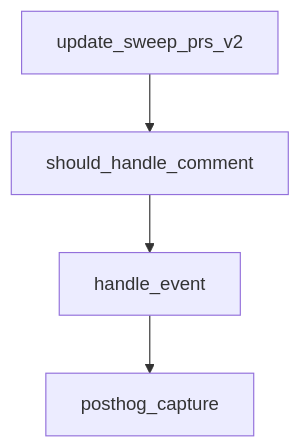
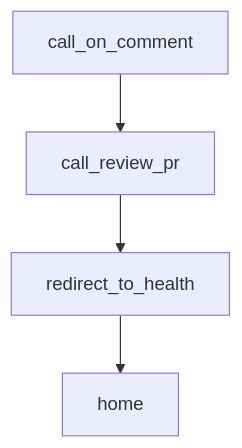
Before and after one commit to johnxie/awesome-code-docs: the diagram in tutorials/sweep-tutorial/05-cli-and-self-hosted-deployment.md, drawn with Mermaid. The commit also changed other lines of this file and 1232 other files, not shown here.

````diff
--- a/tutorials/sweep-tutorial/05-cli-and-self-hosted-deployment.md
+++ b/tutorials/sweep-tutorial/05-cli-and-self-hosted-deployment.md
@@ -227,10 +225,10 @@
 ```mermaid
 flowchart TD
-    A[update_sweep_prs_v2]
-    B[should_handle_comment]
-    C[handle_event]
-    D[posthog_capture]
+    A[call_on_comment]
+    B[call_review_pr]
+    C[redirect_to_health]
+    D[home]
     A --> B
     B --> C
     C --> D
 ```
````
